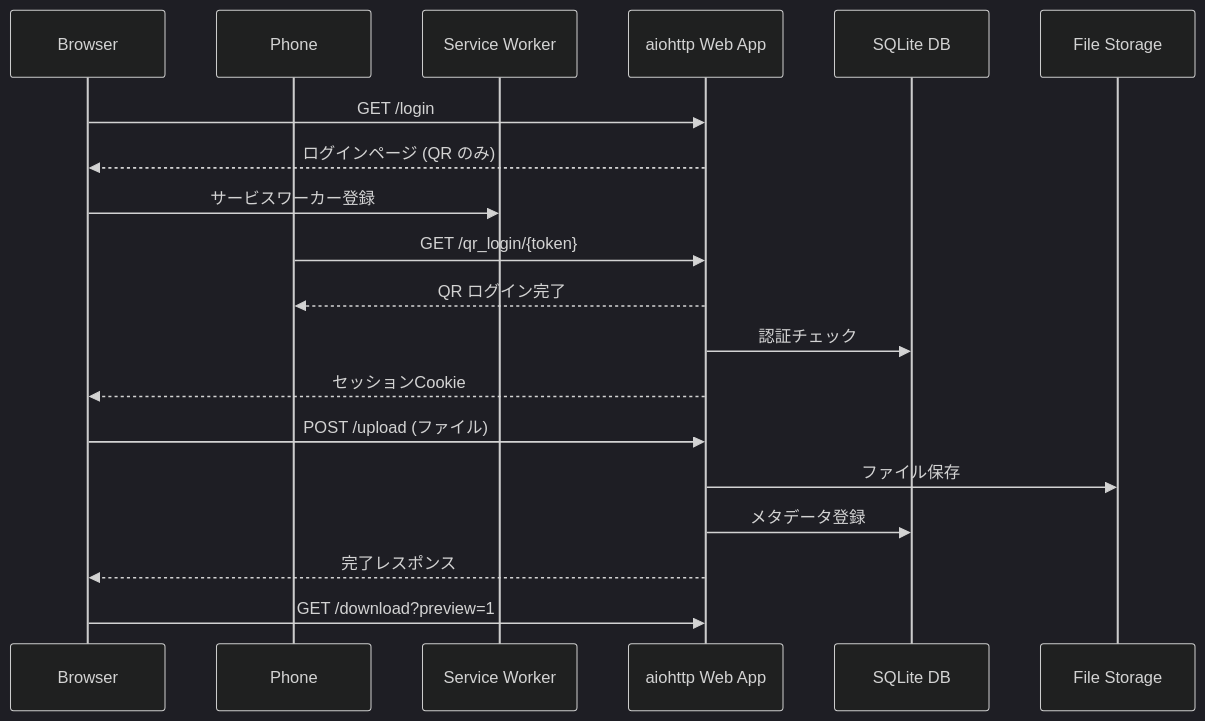
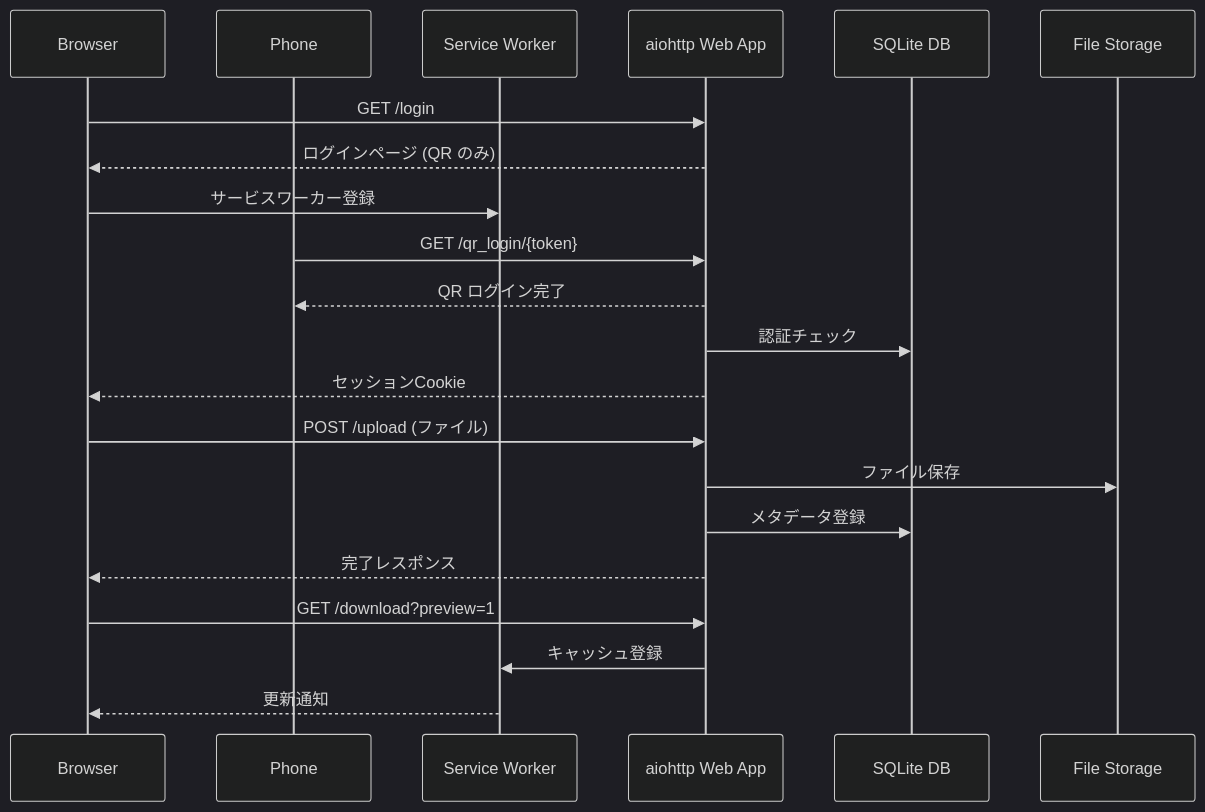
One commit to 5h1gerun/web_discord_server changed the diagram in docs/sequence_web.mmd. Above: the diagram before and after it, drawn with Mermaid. The commit also changed 9 other files, not shown here.

```diff
--- a/docs/sequence_web.mmd
+++ b/docs/sequence_web.mmd
@@ -1,22 +1,24 @@
 %%{init: {'theme': 'dark'}}%%
 %% Web サーバ上のシーケンス図
 sequenceDiagram
     participant Browser as Browser
     participant Phone as Phone
     participant SW as Service Worker
     participant Web as aiohttp Web App
     participant DB as SQLite DB
     participant Files as File Storage
 
     Browser->>Web: GET /login
     Web-->>Browser: ログインページ (QR のみ)
     Browser->>SW: サービスワーカー登録
     Phone->>Web: GET /qr_login/{token}
     Web-->>Phone: QR ログイン完了
     Web->>DB: 認証チェック
     Web-->>Browser: セッションCookie
     Browser->>Web: POST /upload (ファイル)
     Web->>Files: ファイル保存
     Web->>DB: メタデータ登録
     Web-->>Browser: 完了レスポンス
     Browser->>Web: GET /download?preview=1
+    Web->>SW: キャッシュ登録
+    SW-->>Browser: 更新通知
```
